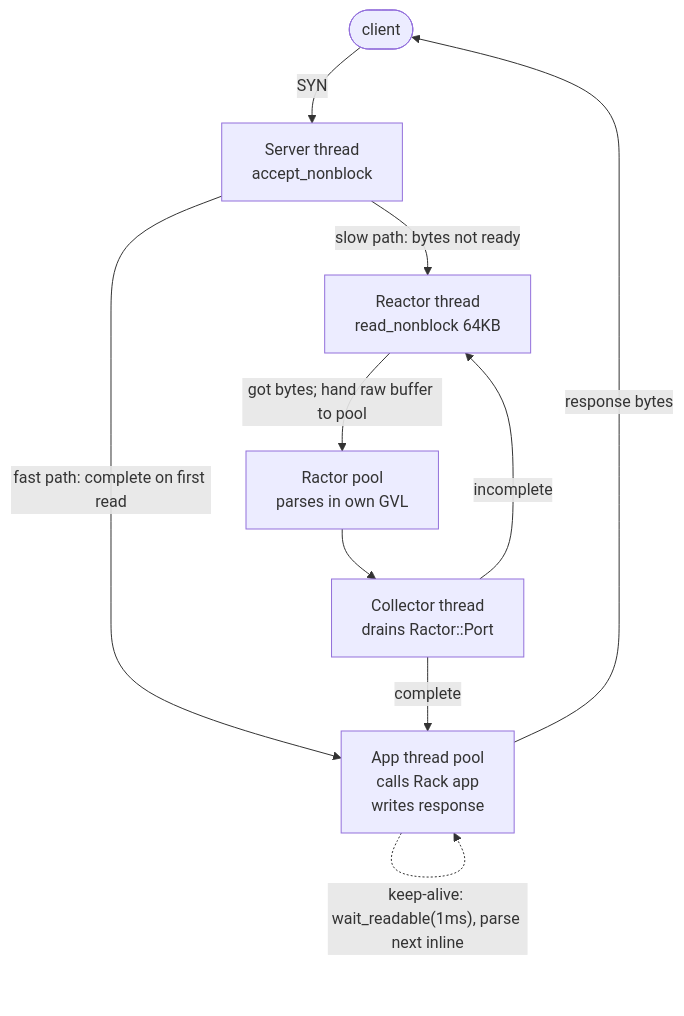
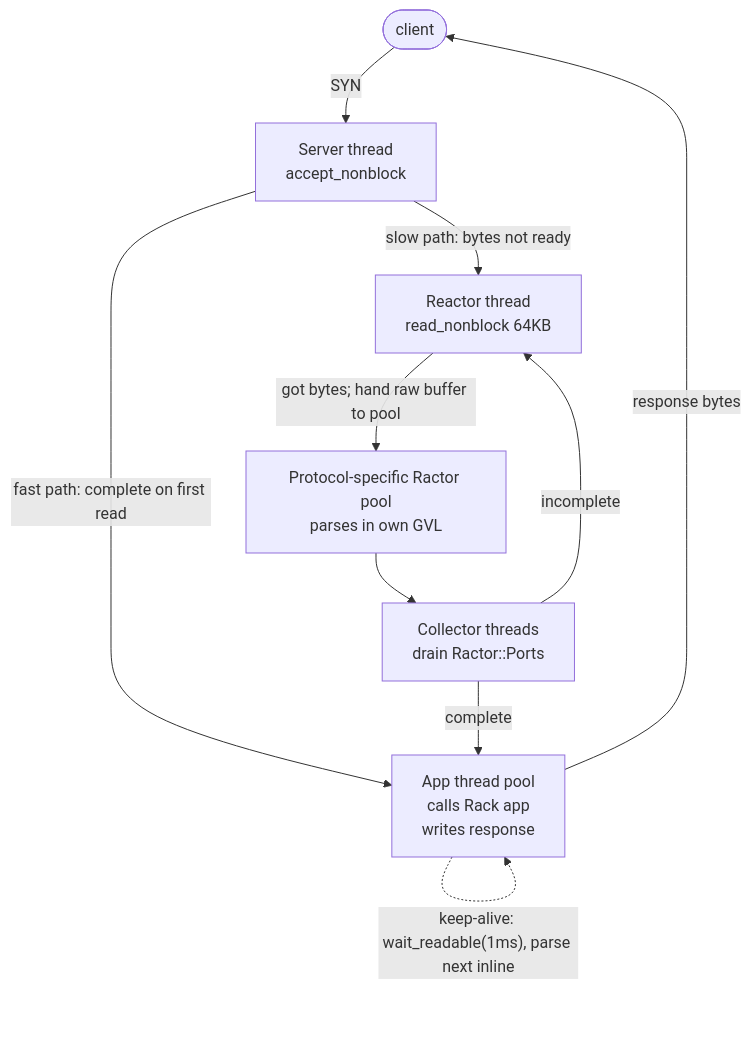
The eighth of 14 diagrams in docs/brisrails-talk.md (joshuay03/raptor), drawn with Mermaid before and after one commit. The commit also changed other lines of this file and 16 other files, not shown here.

Commit message:
Parse HTTP/2 requests in a dedicated ractor pool

````diff
--- a/docs/brisrails-talk.md
+++ b/docs/brisrails-talk.md
@@ -1269,19 +1275,19 @@
 ```mermaid
 flowchart TB
     Client(["client"])
     Srv["Server thread<br/>accept_nonblock"]
     Rct["Reactor thread<br/>read_nonblock 64KB"]
-    RP["Ractor pool<br/>parses in own GVL"]
-    Col["Collector thread<br/>drains Ractor::Port"]
+    RP["Protocol-specific Ractor pool<br/>parses in own GVL"]
+    Col["Collector threads<br/>drain Ractor::Ports"]
     ATP["App thread pool<br/>calls Rack app<br/>writes response"]
 
     Client -->|"SYN"| Srv
     Srv -->|"fast path: complete on first read"| ATP
     Srv -->|"slow path: bytes not ready"| Rct
     Rct -->|"got bytes; hand raw buffer to pool"| RP
     RP --> Col
     Col -->|"complete"| ATP
     Col -->|"incomplete"| Rct
     ATP -->|"response bytes"| Client
     ATP -.->|"keep-alive: wait_readable(1ms), parse next inline"| ATP
 ```
````
